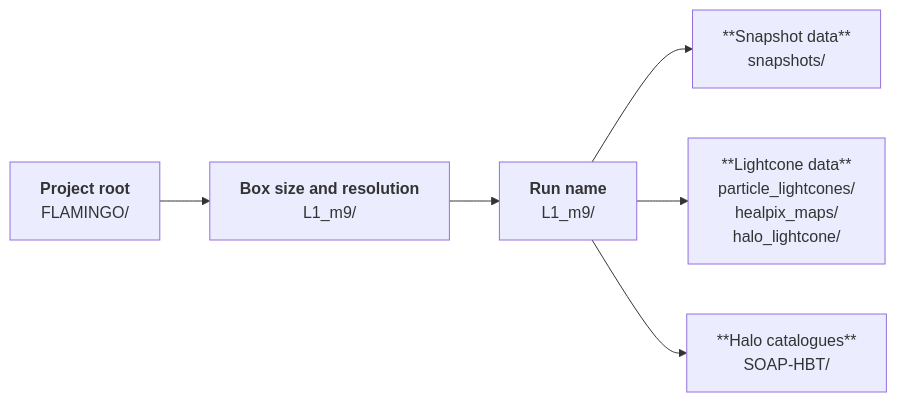
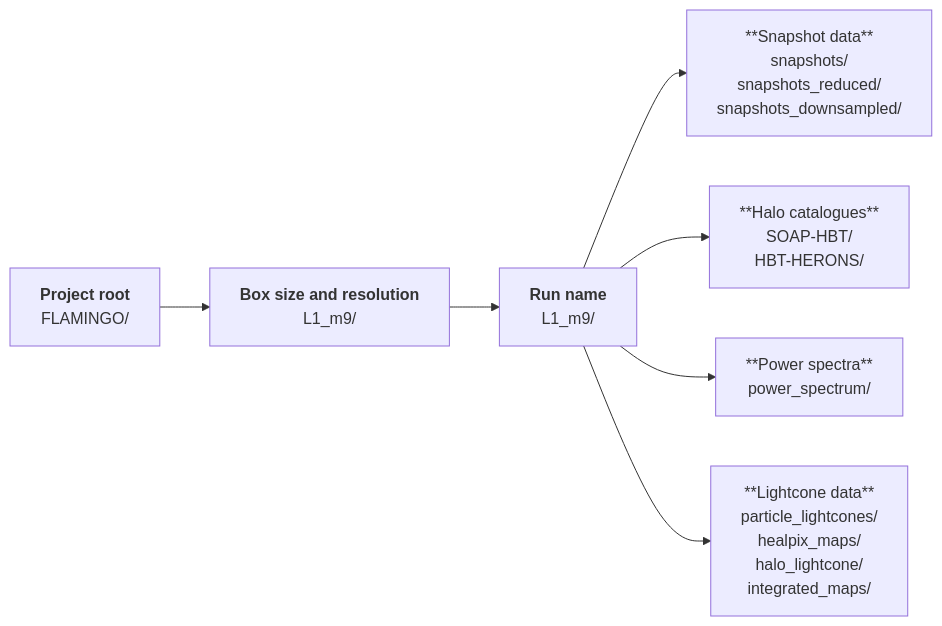
The diagram in source/simulations/layout.rst (jchelly/flamingo-docs), drawn with Mermaid before and after one commit. The commit also changed other lines of this file, not shown here.

Commit message:
Update simulation layout page

```diff
--- a/source/simulations/layout.rst
+++ b/source/simulations/layout.rst
@@ -12,19 +13,25 @@
 .. mermaid::
 
    flowchart LR
      flamingo["`**Project root**
      FLAMINGO/`"]
 
      flamingo --> L1_m9["`**Box size and resolution**
      L1_m9/`"]
      L1_m9-->L1_m9_fiducial["`**Run name**
      L1_m9/`"]
 
      L1_m9_fiducial-->snapshots["**Snapshot data**
-     snapshots/"]
+     snapshots/
+     snapshots_reduced/
+     snapshots_downsampled/"]
+     L1_m9_fiducial-->soap["**Halo catalogues**
+     SOAP-HBT/
+     HBT-HERONS/"]
+     L1_m9_fiducial-->powerspec["**Power spectra**
+     power_spectrum/"]
      L1_m9_fiducial-->particle_lc["**Lightcone data**
      particle_lightcones/
      healpix_maps/
-     halo_lightcone/"]
-     L1_m9_fiducial-->soap["**Halo catalogues**
-     SOAP-HBT/"]
+     halo_lightcone/
+     integrated_maps/"]
```
